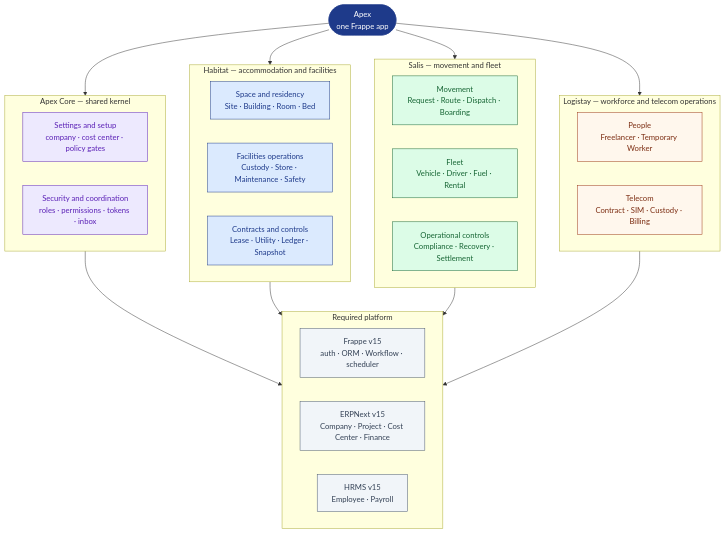
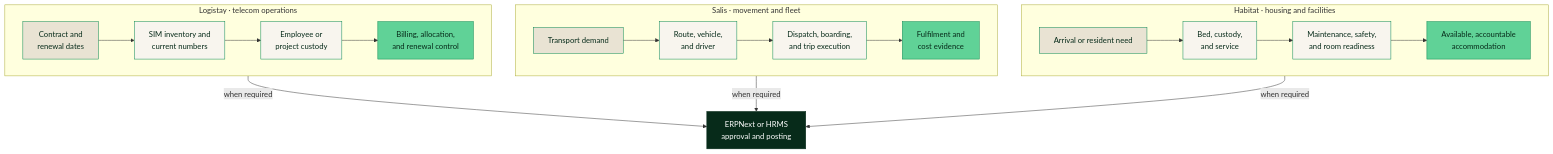
One commit to iabodysa/apex changed the first of 2 diagrams in README.md. Above: the diagram before and after it, drawn with Mermaid. The commit also changed other lines of this file and 30 other files, not shown here.

Commit message:
rewrite documentation — the guides, the training tracks and the brand contract are rebuilt against the current product

````diff
--- a/README.md
+++ b/README.md
@@ -20,48 +36,36 @@
 ```mermaid
-graph TD
-    PKG(["Apex<br/>one Frappe app"]):::hub
-
-    subgraph CORE_BOX ["Apex Core — shared kernel"]
-        CORE_SET["Settings and setup<br/>company · cost center · policy gates"]:::core
-        CORE_SEC["Security and coordination<br/>roles · permissions · tokens · inbox"]:::core
+flowchart TB
+    subgraph HABITAT_FLOW["Habitat · housing and facilities"]
+        direction LR
+        HA["Arrival or resident need"] --> HB["Bed, custody,<br/>and service"]
+        HB --> HC["Maintenance, safety,<br/>and room readiness"]
+        HC --> HO["Available, accountable<br/>accommodation"]
     end
 
-    subgraph HAB_BOX ["Habitat — accommodation and facilities"]
-        HAB_SPACE["Space and residency<br/>Site · Building · Room · Bed"]:::hab
-        HAB_OPS["Facilities operations<br/>Custody · Store · Maintenance · Safety"]:::hab
-        HAB_COST["Contracts and controls<br/>Lease · Utility · Ledger · Snapshot"]:::hab
+    subgraph SALIS_FLOW["Salis · movement and fleet"]
+        direction LR
+        SA["Transport demand"] --> SB["Route, vehicle,<br/>and driver"]
+        SB --> SC["Dispatch, boarding,<br/>and trip execution"]
+        SC --> SO["Fulfilment and<br/>cost evidence"]
     end
 
-    subgraph SAL_BOX ["Salis — movement and fleet"]
-        SAL_MOVE["Movement<br/>Request · Route · Dispatch · Boarding"]:::sal
-        SAL_FLEET["Fleet<br/>Vehicle · Driver · Fuel · Rental"]:::sal
-        SAL_CTRL["Operational controls<br/>Compliance · Recovery · Settlement"]:::sal
+    subgraph TELECOM_FLOW["Logistay · telecom operations"]
+        direction LR
+        LA["Contract and<br/>renewal dates"] --> LB["SIM inventory and<br/>current numbers"]
+        LB --> LC["Employee or<br/>project custody"]
+        LC --> LO["Billing, allocation,<br/>and renewal control"]
     end
 
-    subgraph EXT_BOX ["Logistay — workforce and telecom operations"]
-        LOG_PEOPLE["People<br/>Freelancer · Temporary Worker"]:::ext
-        LOG_TELECOM["Telecom<br/>Contract · SIM · Custody · Billing"]:::ext
-    end
+    HO -- "when required" --> ERP["ERPNext or HRMS<br/>approval and posting"]
+    SO -- "when required" --> ERP
+    LO -- "when required" --> ERP
 
-    subgraph PLATFORM ["Required platform"]
-        FRP["Frappe v15<br/>auth · ORM · Workflow · scheduler"]:::plat
-        ERP["ERPNext v15<br/>Company · Project · Cost Center · Finance"]:::plat
-        HRMS["HRMS v15<br/>Employee · Payroll"]:::plat
-    end
-
-    PKG --> CORE_BOX
-    PKG --> HAB_BOX
-    PKG --> SAL_BOX
-    PKG --> EXT_BOX
-    CORE_BOX --> PLATFORM
-    HAB_BOX --> PLATFORM
-    SAL_BOX --> PLATFORM
-    EXT_BOX --> PLATFORM
-
-    classDef hub  fill:#1e3a8a,stroke:#1e3a8a,color:#fff;
-    classDef core fill:#ede9fe,stroke:#5b21b6,color:#5b21b6;
-    classDef hab  fill:#dbeafe,stroke:#1e3a8a,color:#1e3a8a;
-    classDef sal  fill:#dcfce7,stroke:#166534,color:#166534;
-    classDef ext  fill:#fff7ed,stroke:#9a3412,color:#7c2d12;
-    classDef plat fill:#f1f5f9,stroke:#475569,color:#334155;
+    classDef intake fill:#e9e3d3,stroke:#00844e,color:#072b1a;
+    classDef action fill:#f8f5ee,stroke:#00844e,color:#072b1a;
+    classDef outcome fill:#60d297,stroke:#00844e,color:#072b1a;
+    classDef handoff fill:#072b1a,stroke:#072b1a,color:#ffffff;
+    class HA,SA,LA intake;
+    class HB,HC,SB,SC,LB,LC action;
+    class HO,SO,LO outcome;
+    class ERP handoff;
 ```
````
